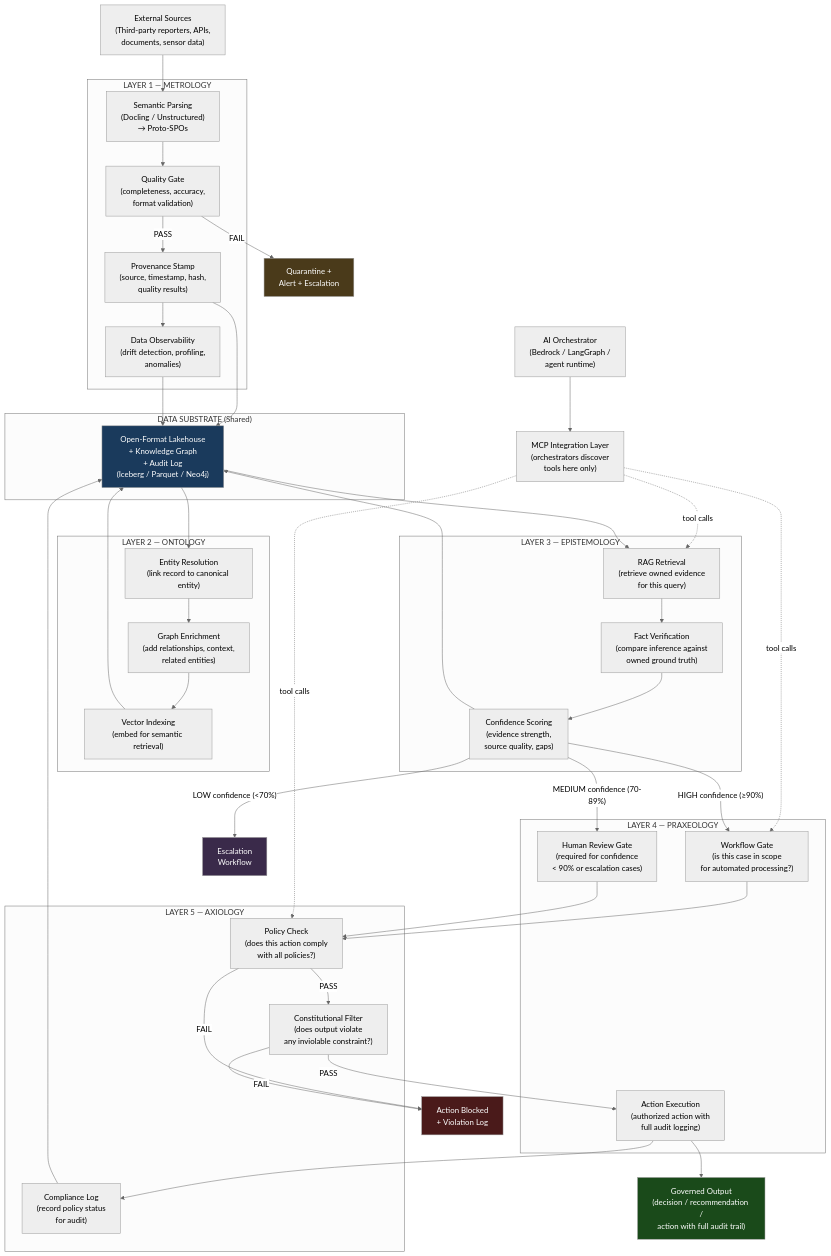
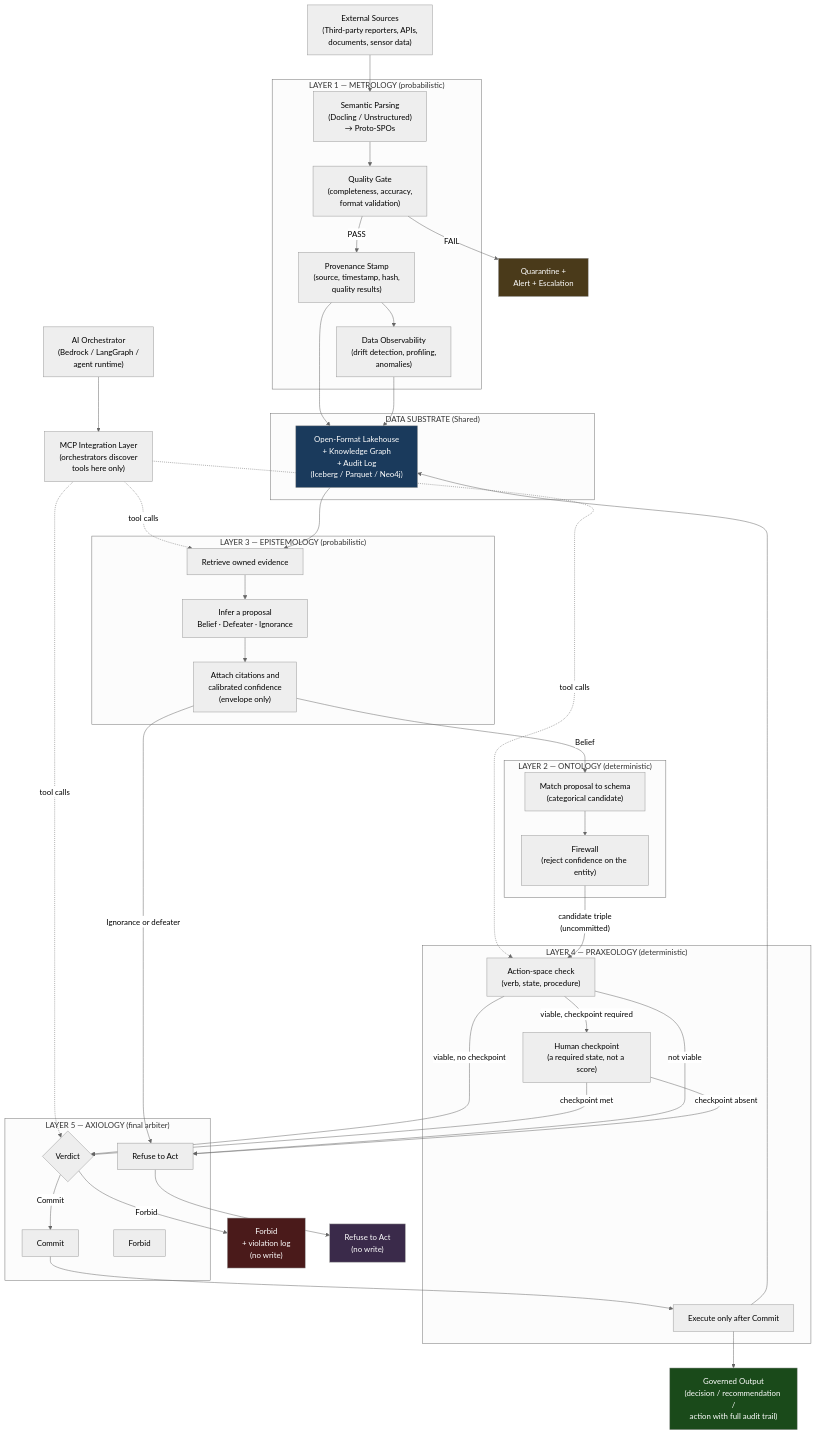
One commit to PhilipAsiala/philosophical-ai-architecture changed the diagram in diagrams/information-flow.md. Above: the diagram before and after it, drawn with Mermaid (neutral theme). The commit also changed other lines of this file and 25 other files, not shown here.

````diff
--- a/diagrams/information-flow.md
+++ b/diagrams/information-flow.md
@@ -10,7 +10,7 @@
 flowchart TD
     SRC["External Sources\n(Third-party reporters, APIs,\ndocuments, sensor data)"]
 
-    subgraph M["LAYER 1 — METROLOGY"]
+    subgraph M["LAYER 1 — METROLOGY (probabilistic)"]
         M0["Semantic Parsing\n(Docling / Unstructured)\n→ Proto-SPOs"]
         M1["Quality Gate\n(completeness, accuracy,\nformat validation)"]
         M2["Provenance Stamp\n(source, timestamp, hash,\nquality results)"]
@@ -23,28 +23,28 @@
         DS["Open-Format Lakehouse\n+ Knowledge Graph\n+ Audit Log\n(Iceberg / Parquet / Neo4j)"]
     end
 
-    subgraph O["LAYER 2 — ONTOLOGY"]
-        O1["Entity Resolution\n(link record to canonical entity)"]
-        O2["Graph Enrichment\n(add relationships, context,\nrelated entities)"]
-        O3["Vector Indexing\n(embed for semantic retrieval)"]
+    subgraph O["LAYER 2 — ONTOLOGY (deterministic)"]
+        O1["Match proposal to schema\n(categorical candidate)"]
+        O2["Firewall\n(reject confidence on the entity)"]
     end
 
-    subgraph E["LAYER 3 — EPISTEMOLOGY"]
-        E1["RAG Retrieval\n(retrieve owned evidence\nfor this query)"]
-        E2["Fact Verification\n(compare inference against\nowned ground truth)"]
-        E3["Confidence Scoring\n(evidence strength,\nsource quality, gaps)"]
+    subgraph E["LAYER 3 — EPISTEMOLOGY (probabilistic)"]
+        E1["Retrieve owned evidence"]
+        E2["Infer a proposal\nBelief · Defeater · Ignorance"]
+        E3["Attach citations and\ncalibrated confidence\n(envelope only)"]
     end
 
-    subgraph P["LAYER 4 — PRAXEOLOGY"]
-        P1["Workflow Gate\n(is this case in scope\nfor automated processing?)"]
-        P2["Human Review Gate\n(required for confidence\n< 90% or escalation cases)"]
-        P3["Action Execution\n(authorized action with\nfull audit logging)"]
+    subgraph P["LAYER 4 — PRAXEOLOGY (deterministic)"]
+        P1["Action-space check\n(verb, state, procedure)"]
+        P2["Human checkpoint\n(a required state, not a score)"]
+        P3["Execute only after Commit"]
     end
 
-    subgraph A["LAYER 5 — AXIOLOGY"]
-        A1["Policy Check\n(does this action comply\nwith all policies?)"]
-        A2["Constitutional Filter\n(does output violate\nany inviolable constraint?)"]
-        A3["Compliance Log\n(record policy status\nfor audit)"]
+    subgraph A["LAYER 5 — AXIOLOGY (final arbiter)"]
+        A1{"Verdict"}
+        A2["Commit"]
+        A3["Forbid"]
+        A4["Refuse to Act"]
     end
 
     OUT["Governed Output\n(decision / recommendation /\naction with full audit trail)"]
@@ -64,33 +64,29 @@
     M2 --> DS
     M3 --> DS
 
-    DS --> O1
-    O1 --> O2
-    O2 --> O3
-    O3 --> DS
-
     DS --> E1
     E1 --> E2
     E2 --> E3
-    E3 --> DS
 
-    E3 -->|"HIGH confidence (≥90%)"| P1
-    E3 -->|"MEDIUM confidence (70-89%)"| P2
-    E3 -->|"LOW confidence (<70%)"| ESCALATE["Escalation\nWorkflow"]
-
-    P1 --> A1
-    P2 --> A1
-    A1 -->|"PASS"| A2
-    A1 -->|"FAIL"| BLOCKED["Action Blocked\n+ Violation Log"]
-    A2 -->|"PASS"| P3
-    A2 -->|"FAIL"| BLOCKED
-    P3 --> A3
-    A3 --> DS
+    E3 -->|"Belief"| O1
+    E3 -->|"Ignorance or defeater"| A4
+    O1 --> O2
+    O2 -->|"candidate triple\n(uncommitted)"| P1
+    P1 -->|"not viable"| A4
+    P1 -->|"viable, checkpoint required"| P2
+    P1 -->|"viable, no checkpoint"| A1
+    P2 -->|"checkpoint met"| A1
+    P2 -->|"checkpoint absent"| A4
+    A1 -->|"Commit"| A2
+    A1 -->|"Forbid"| BLOCKED["Forbid\n+ violation log\n(no write)"]
+    A2 --> P3
+    A4 --> REFUSE["Refuse to Act\n(no write)"]
+    P3 --> DS
     P3 --> OUT
 
     style DS fill:#1a3a5c,color:#ffffff
     style OUT fill:#1a4a1a,color:#ffffff
     style BLOCKED fill:#4a1a1a,color:#ffffff
     style QUARANTINE fill:#4a3a1a,color:#ffffff
-    style ESCALATE fill:#3a2a4a,color:#ffffff
+    style REFUSE fill:#3a2a4a,color:#ffffff
 ```
````
